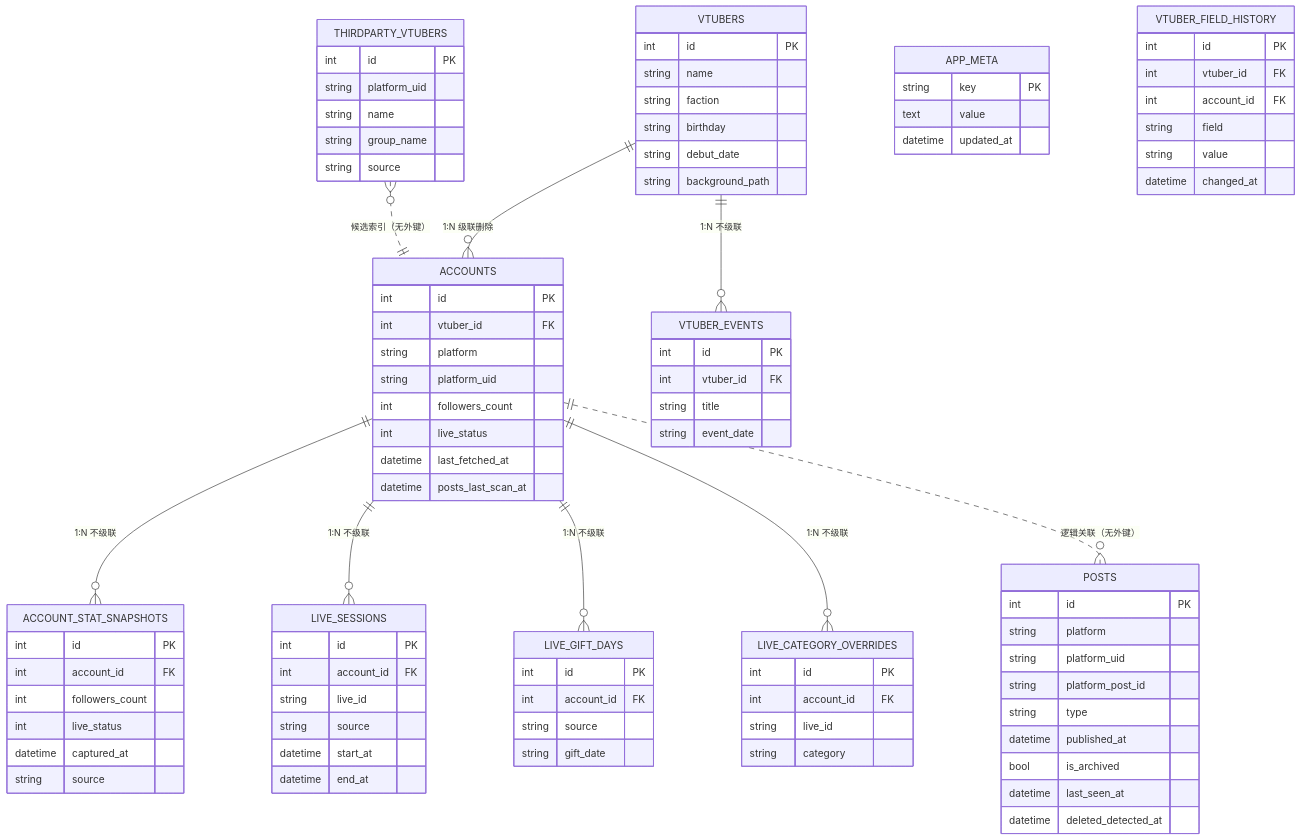
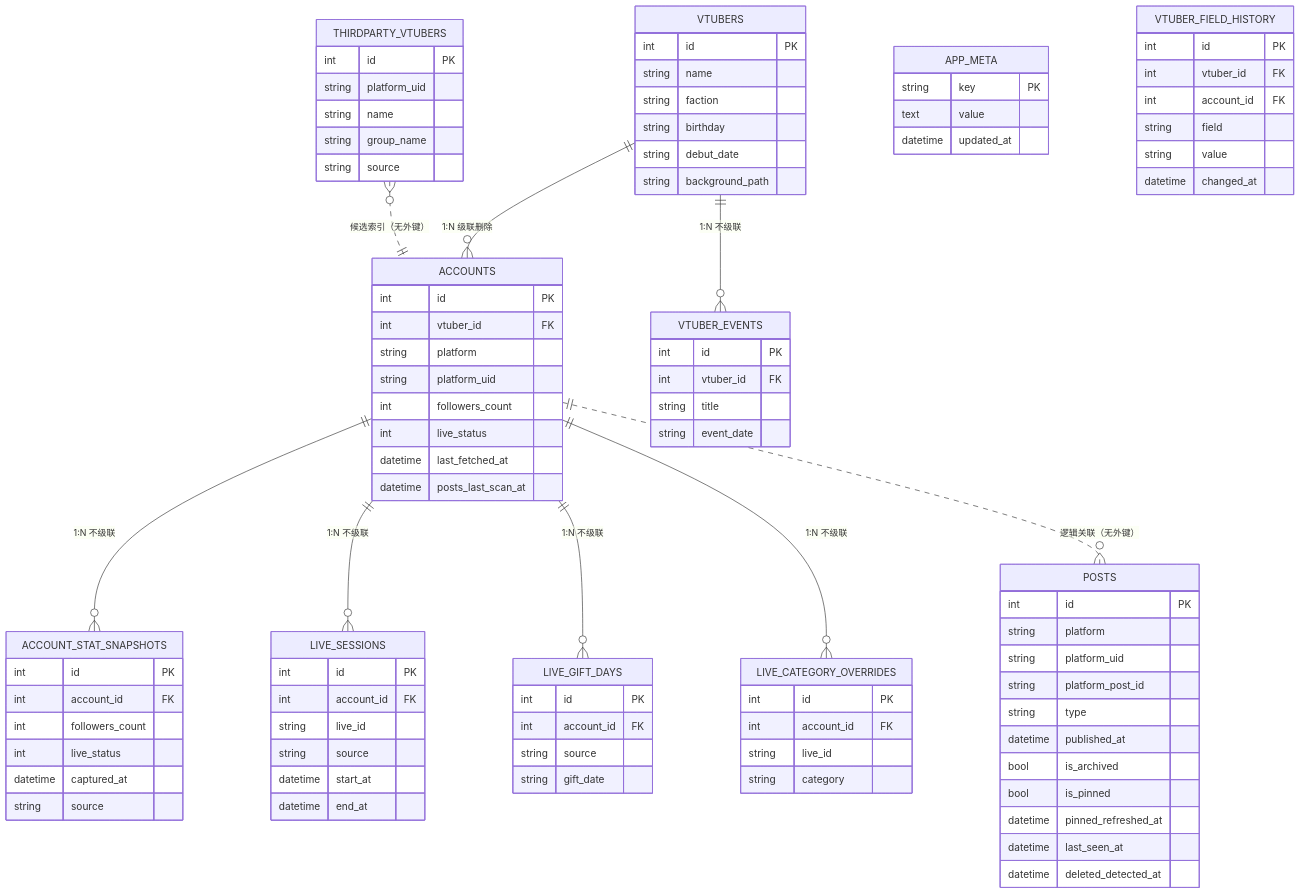
One commit to Mrslippe/DDToolkit changed the second of 8 diagrams in docs/ARCHITECTURE.md. Above: the diagram before and after it, drawn with Mermaid. The commit also changed other lines of this file and 27 other files, not shown here.

```diff
--- a/docs/ARCHITECTURE.md
+++ b/docs/ARCHITECTURE.md
@@ -102,6 +102,8 @@
     string type
     datetime published_at
     bool is_archived
+    bool is_pinned
+    datetime pinned_refreshed_at
     datetime last_seen_at
     datetime deleted_detected_at
   }
```
